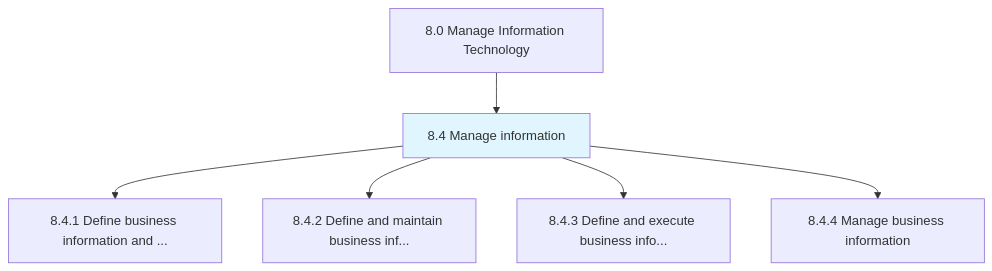
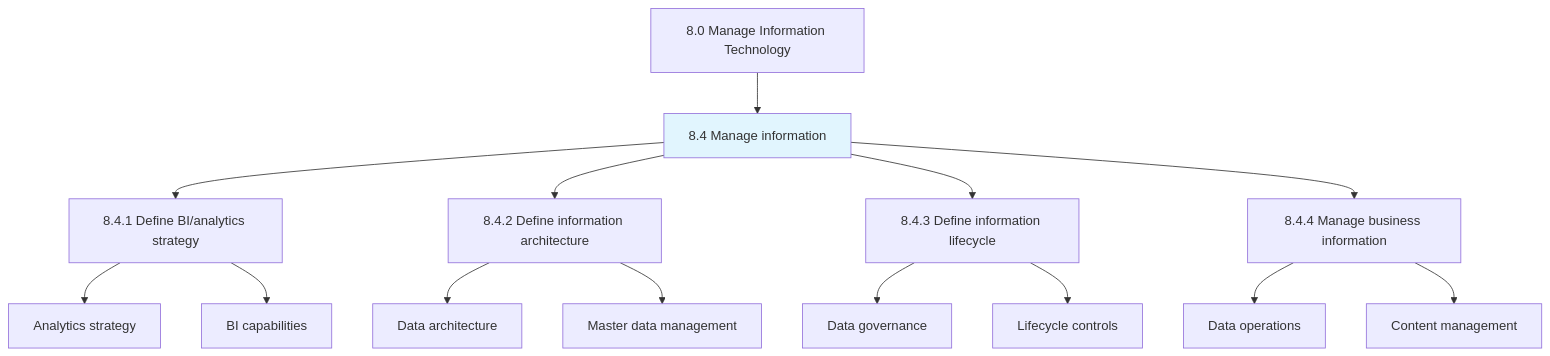
Before and after one commit to kziemski/business.org.ai: the first of 3 diagrams in processes/08-IT/8.4-ManageInformation/index.mdx, drawn with Mermaid. The commit also changed other lines of this file and 67 other files, not shown here.

````diff
--- a/processes/08-IT/8.4-ManageInformation/index.mdx
+++ b/processes/08-IT/8.4-ManageInformation/index.mdx
@@ -25,10 +29,19 @@
 ```mermaid
 graph TD
     C8["8.0 Manage Information Technology"]
     C8 --> N8_4["8.4 Manage information"]
     style N8_4 fill:#e1f5fe
-    N8_4 --> N8_4_1["8.4.1 Define business information and ..."]
-    N8_4 --> N8_4_2["8.4.2 Define and maintain business inf..."]
-    N8_4 --> N8_4_3["8.4.3 Define and execute business info..."]
+    N8_4 --> N8_4_1["8.4.1 Define BI/analytics strategy"]
+    N8_4 --> N8_4_2["8.4.2 Define information architecture"]
+    N8_4 --> N8_4_3["8.4.3 Define information lifecycle"]
     N8_4 --> N8_4_4["8.4.4 Manage business information"]
+
+    N8_4_1 --> A1["Analytics strategy"]
+    N8_4_1 --> A2["BI capabilities"]
+    N8_4_2 --> A3["Data architecture"]
+    N8_4_2 --> A4["Master data management"]
+    N8_4_3 --> A5["Data governance"]
+    N8_4_3 --> A6["Lifecycle controls"]
+    N8_4_4 --> A7["Data operations"]
+    N8_4_4 --> A8["Content management"]
 ```
````
